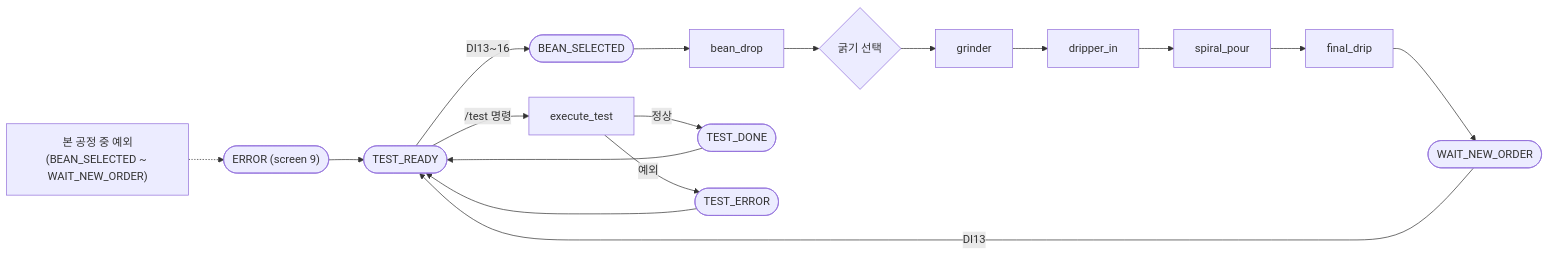
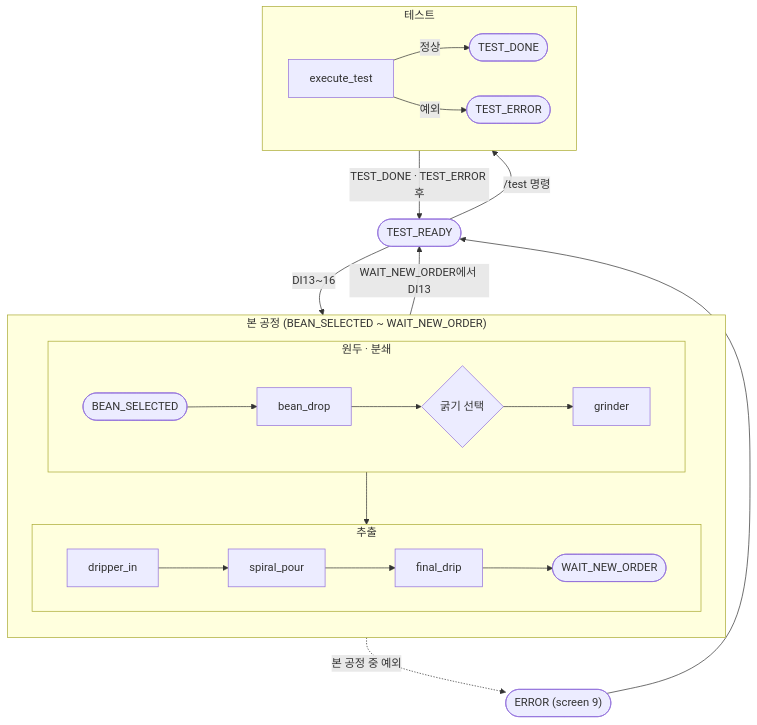
One commit to gwanhuiGIM/Rokey_cobot1 changed the second of 2 diagrams in README.md. Above: the diagram before and after it, drawn with Mermaid. The commit also changed other lines of this file, not shown here.

Commit message:
README: 구성도·흐름도를 기능 단위로 묶고 접음

````diff
--- a/README.md
+++ b/README.md
@@ -150,11 +155,26 @@
 ```mermaid
-flowchart LR
-    TR([TEST_READY]) -->|"DI13~16"| BS([BEAN_SELECTED])
-    BS --> bean_drop --> SEL{"굵기 선택"} --> grinder --> dripper_in
-    dripper_in --> spiral_pour --> final_drip --> WNO([WAIT_NEW_ORDER])
-    WNO -->|"DI13"| TR
-    TR -->|"/test 명령"| execute_test
-    execute_test -->|"정상"| TD([TEST_DONE]) --> TR
-    execute_test -->|"예외"| TE([TEST_ERROR]) --> TR
-    ANY["본 공정 중 예외<br/>(BEAN_SELECTED ~ WAIT_NEW_ORDER)"] -.-> ERR(["ERROR (screen 9)"]) --> TR
+flowchart TB
+    TR([TEST_READY])
+    subgraph MAIN["본 공정 (BEAN_SELECTED ~ WAIT_NEW_ORDER)"]
+        direction TB
+        subgraph PREP["원두 · 분쇄"]
+            direction LR
+            BS([BEAN_SELECTED]) --> bean_drop --> SEL{"굵기 선택"} --> grinder
+        end
+        subgraph BREW["추출"]
+            direction LR
+            dripper_in --> spiral_pour --> final_drip --> WNO([WAIT_NEW_ORDER])
+        end
+        PREP --> BREW
+    end
+    subgraph TEST["테스트"]
+        direction LR
+        execute_test -->|"정상"| TD([TEST_DONE])
+        execute_test -->|"예외"| TE([TEST_ERROR])
+    end
+    TR -->|"DI13~16"| MAIN
+    MAIN -->|"WAIT_NEW_ORDER에서 DI13"| TR
+    TR -->|"/test 명령"| TEST
+    TEST -->|"TEST_DONE · TEST_ERROR 후"| TR
+    MAIN -.->|"본 공정 중 예외"| ERR(["ERROR (screen 9)"]) --> TR
 ```
````
